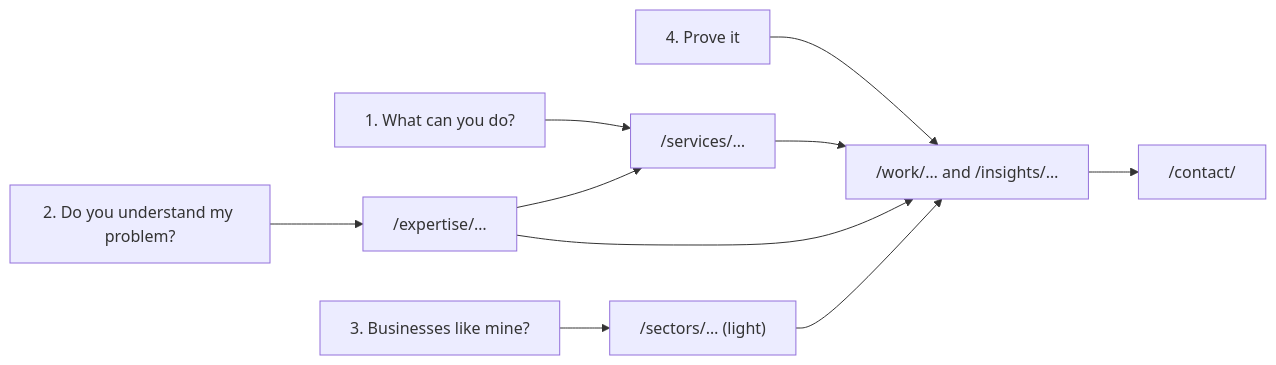
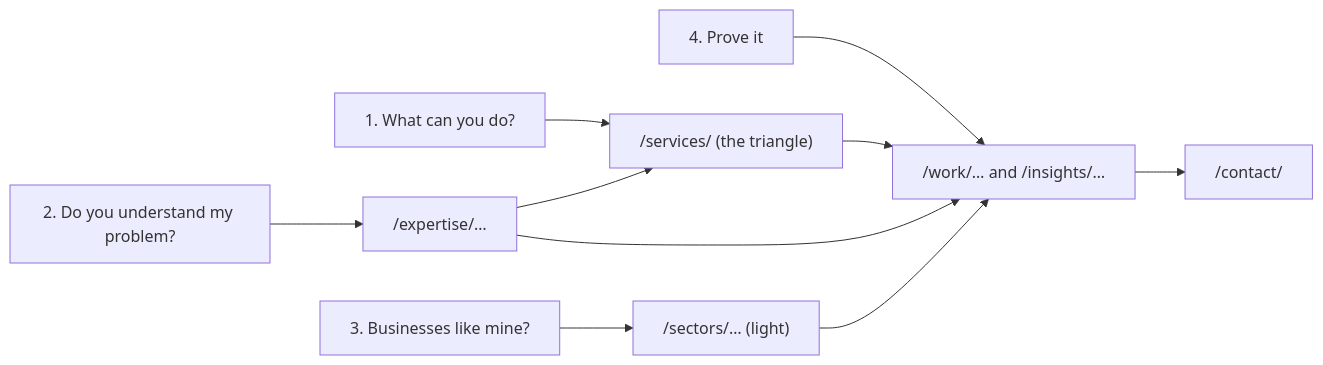
The third of 3 diagrams in docs/diagrams/sitemap.md (gsdd/temp-manifesto-ia), drawn with Mermaid before and after one commit. The commit also changed other lines of this file and 1 other file, not shown here.

Commit message:
v2 mermaid diagrams for the three-column mega-nav, triangle mapping and sitemap

````diff
--- a/docs/diagrams/sitemap.md
+++ b/docs/diagrams/sitemap.md
@@ -119,12 +134,12 @@
 ```mermaid
 flowchart LR
-    Q1["1. What can you do?"] --> Services["/services/…"]
+    Q1["1. What can you do?"] --> Services["/services/ (the triangle)"]
     Q2["2. Do you understand my problem?"] --> Themes["/expertise/…"]
     Q3["3. Businesses like mine?"] --> Sectors["/sectors/… (light)"]
     Q4["4. Prove it"] --> Work["/work/… and /insights/…"]
     Services --> Work
     Themes --> Services
     Themes --> Work
     Sectors --> Work
     Work --> Contact["/contact/"]
 ```
````
